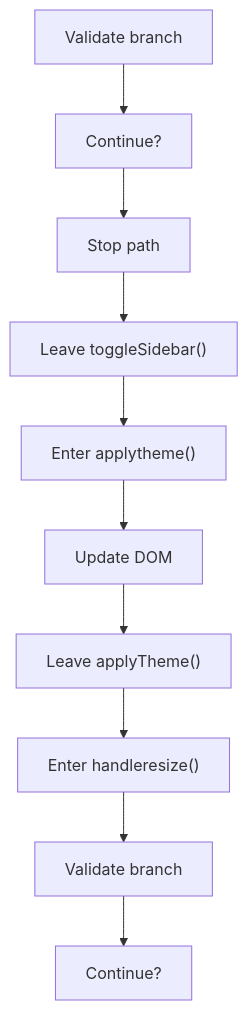
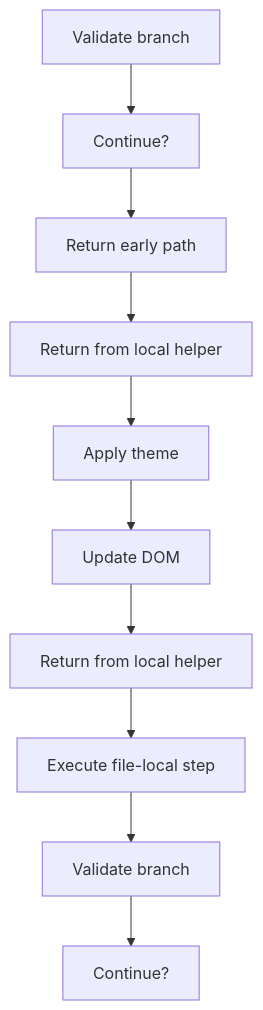
The third of 4 diagrams in docs/Codebase/Frontend/scripts/sidebar/sidebar_program_flow.js.md (JohnAndrewBalbarosa/NeoTerritory), drawn with Mermaid before and after one commit. The commit also changed other lines of this file and 915 other files, not shown here.

````diff
--- a/docs/Codebase/Frontend/scripts/sidebar/sidebar_program_flow.js.md
+++ b/docs/Codebase/Frontend/scripts/sidebar/sidebar_program_flow.js.md
@@ -58,22 +58,22 @@
 ```mermaid
 flowchart TD
     N0["Validate branch"]
     N1["Continue?"]
-    N2["Stop path"]
-    N3["Leave toggleSidebar()"]
-    N4["Enter applytheme()"]
+    N2["Return early path"]
+    N3["Return from local helper"]
+    N4["Apply theme"]
     N5["Update DOM"]
-    N6["Leave applyTheme()"]
-    N7["Enter handleresize()"]
+    N6["Return from local helper"]
+    N7["Execute file-local step"]
     N8["Validate branch"]
     N9["Continue?"]
     N0 --> N1
     N1 --> N2
     N2 --> N3
     N3 --> N4
     N4 --> N5
     N5 --> N6
     N6 --> N7
     N7 --> N8
     N8 --> N9
 ```
````
